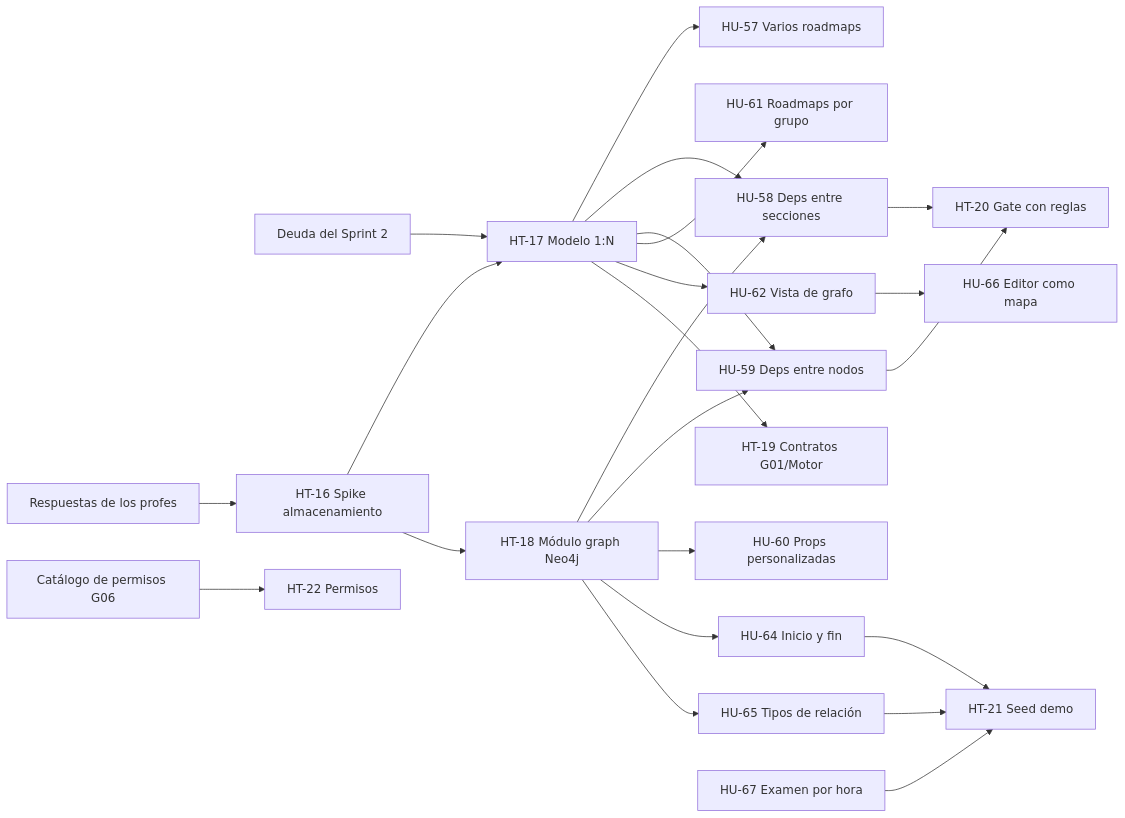
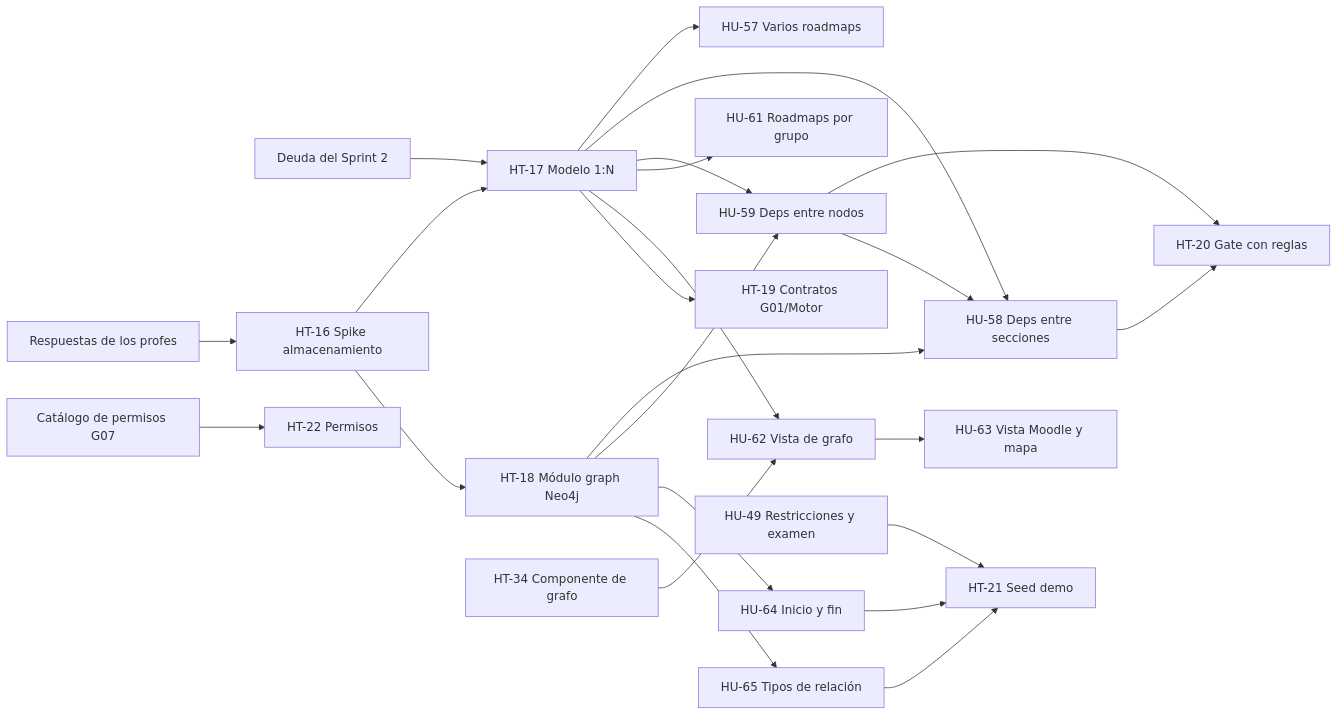
One commit to BenjaminPolzoni/tpi-g10-cerebro changed the diagram in sprints/sprint-3/06-backlog-sprint-3.md. Above: the diagram before and after it, drawn with Mermaid. The commit also changed other lines of this file and 31 other files, not shown here.

````diff
--- a/sprints/sprint-3/06-backlog-sprint-3.md
+++ b/sprints/sprint-3/06-backlog-sprint-3.md
@@ -92,25 +90,26 @@
 ```mermaid
 flowchart LR
   B0[Deuda del Sprint 2] --> HT2
   Q[Respuestas de los profes] --> SP1[HT-16 Spike almacenamiento]
   SP1 --> HT2[HT-17 Modelo 1:N]
   SP1 --> HT3[HT-18 Módulo graph Neo4j]
   HT2 --> H4[HU-57 Varios roadmaps]
   HT2 --> H5[HU-58 Deps entre secciones]
   HT3 --> H5
   HT2 --> H6[HU-59 Deps entre nodos]
   HT3 --> H6
-  HT3 --> H7[HU-60 Props personalizadas]
   HT2 --> H8[HU-61 Roadmaps por grupo]
   HT2 --> H9[HU-62 Vista de grafo]
   HT2 --> HT11[HT-19 Contratos G01/Motor]
   H5 --> HT12[HT-20 Gate con reglas]
   H6 --> HT12
   HT3 --> HU-64[HU-64 Inicio y fin]
   HT3 --> HU-65[HU-65 Tipos de relación]
-  H9 --> HU-66[HU-66 Editor como mapa]
+  H9 --> H10[HU-63 Vista Moodle y mapa]
+  HT34[HT-34 Componente de grafo] --> H9
+  H6 --> H5
   HU-64 --> HT-21[HT-21 Seed demo]
   HU-65 --> HT-21
-  HU-67[HU-67 Examen por hora] --> HT-21
-  G06[Catálogo de permisos G06] --> HT-22[HT-22 Permisos]
+  HU-49[HU-49 Restricciones y examen] --> HT-21
+  G07[Catálogo de permisos G07] --> HT-22[HT-22 Permisos]
 ```
````
